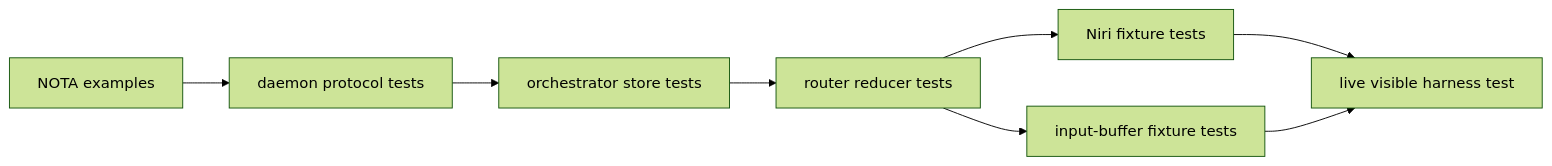
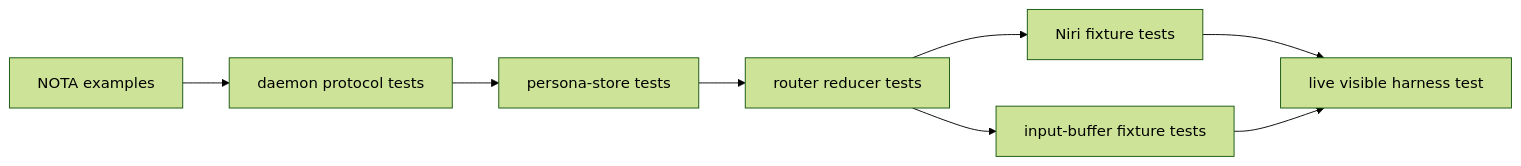
Diagram 16 of 16 in reports/operator/9-persona-message-router-architecture.md (LiGoldragon/primary), drawn with Mermaid (forest theme) before and after one commit. The commit also changed other lines of this file and 1 other file, not shown here.

Commit message:
address Persona router architecture audit

````diff
--- a/reports/operator/9-persona-message-router-architecture.md
+++ b/reports/operator/9-persona-message-router-architecture.md
@@ -550,18 +587,18 @@
 ```mermaid
 flowchart LR
     nota["NOTA examples"]
     daemon["daemon protocol tests"]
-    orchestrate["orchestrator store tests"]
+    pstore["persona-store tests"]
     reducer["router reducer tests"]
     focus["Niri fixture tests"]
     input["input-buffer fixture tests"]
     live["live visible harness test"]
 
     nota --> daemon
-    daemon --> orchestrate
-    orchestrate --> reducer
+    daemon --> pstore
+    pstore --> reducer
     reducer --> focus
     reducer --> input
     focus --> live
     input --> live
 ```
````
